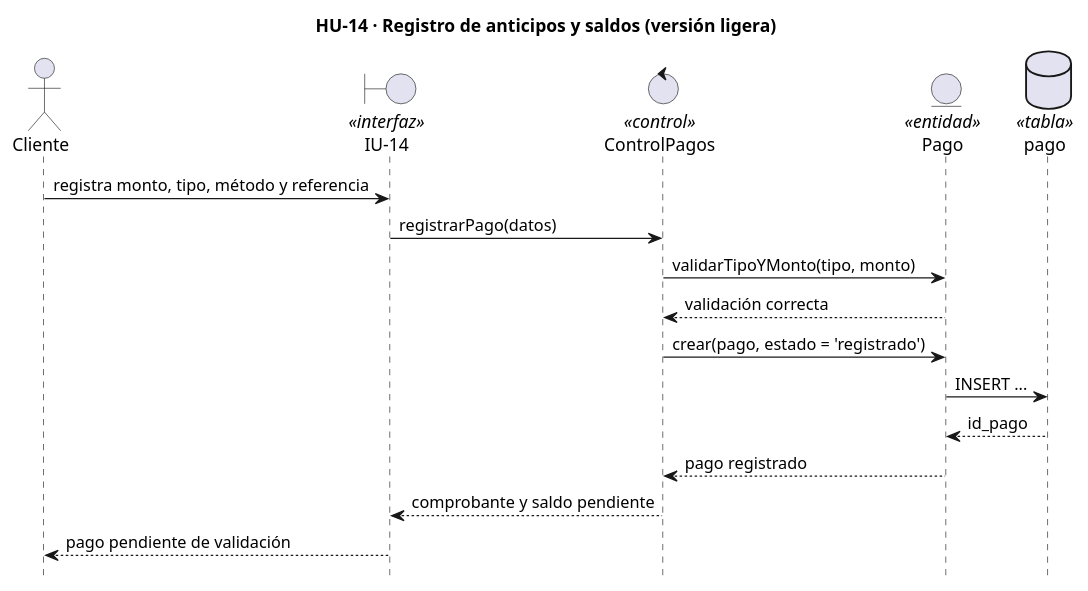
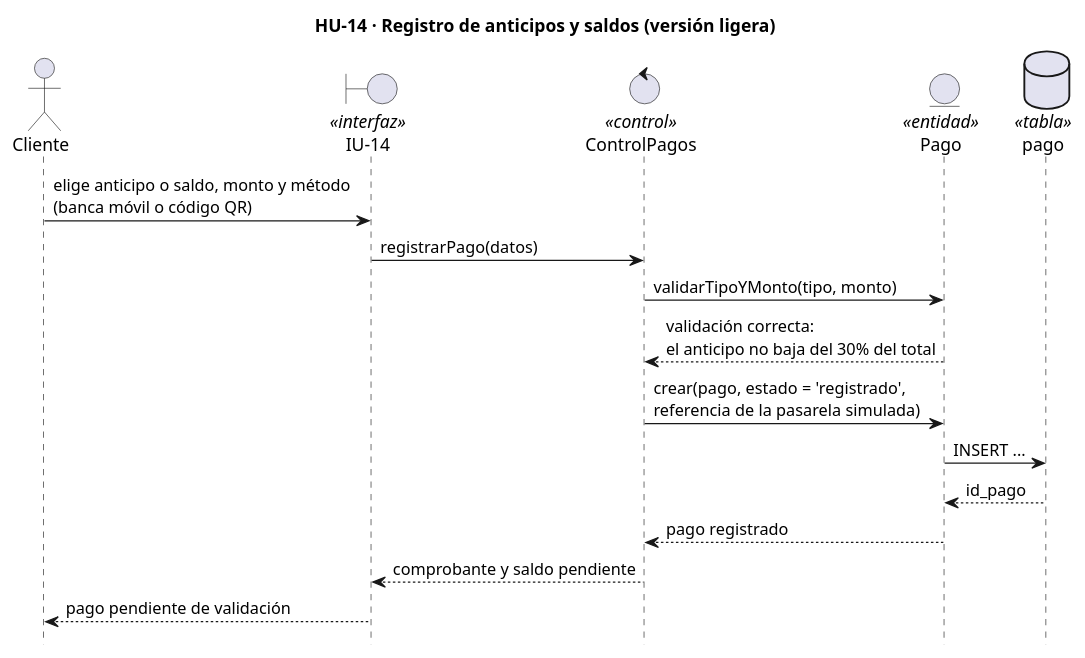
Before and after one commit to fervflow/sis-inf3-proyecto-formativo: the diagram in sistema/diagramas/uml/secuencia-light/hu-14-registrar-pago.puml, drawn with PlantUML. The commit also changed 61 other files, not shown here.

```diff
--- a/sistema/diagramas/uml/secuencia-light/hu-14-registrar-pago.puml
+++ b/sistema/diagramas/uml/secuencia-light/hu-14-registrar-pago.puml
@@ -1,21 +1,21 @@
 @startuml
 title HU-14 · Registro de anticipos y saldos (versión ligera)
 hide footbox
 
 actor "Cliente" as TUR
 boundary "IU-14" as UI <<interfaz>>
 control "ControlPagos" as CTRL <<control>>
 entity "Pago" as E_PAGO <<entidad>>
 database "pago" as T_PAGO <<tabla>>
 
-TUR -> UI : registra monto, tipo, método y referencia
+TUR -> UI : elige anticipo o saldo, monto y método\n(banca móvil o código QR)
 UI -> CTRL : registrarPago(datos)
 CTRL -> E_PAGO : validarTipoYMonto(tipo, monto)
-E_PAGO --> CTRL : validación correcta
-CTRL -> E_PAGO : crear(pago, estado = 'registrado')
+E_PAGO --> CTRL : validación correcta:\nel anticipo no baja del 30% del total
+CTRL -> E_PAGO : crear(pago, estado = 'registrado',\nreferencia de la pasarela simulada)
 E_PAGO -> T_PAGO : INSERT ...
 T_PAGO --> E_PAGO : id_pago
 E_PAGO --> CTRL : pago registrado
 CTRL --> UI : comprobante y saldo pendiente
 UI --> TUR : pago pendiente de validación
 @enduml
```
